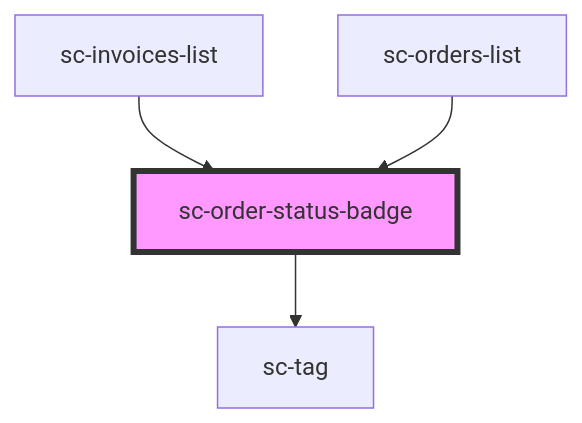
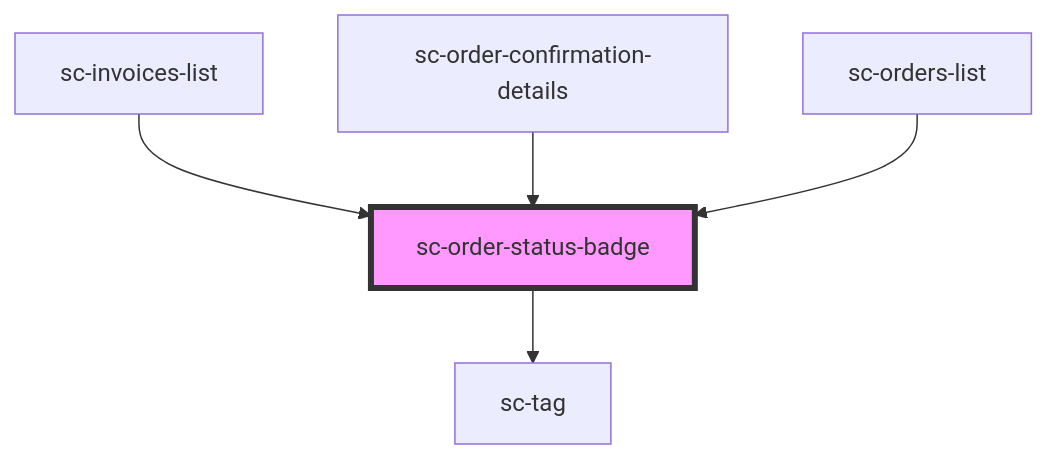
One commit to surecart/surecart-wp-plugin changed the diagram in packages/components/src/components/ui/order-status-badge/readme.md. Above: the diagram before and after it, drawn with Mermaid. The commit also changed other lines of this file and 15 other files, not shown here.

Commit message:
Better loading state for order confirmation details.

````diff
--- a/packages/components/src/components/ui/order-status-badge/readme.md
+++ b/packages/components/src/components/ui/order-status-badge/readme.md
@@ -30,7 +31,8 @@
 ```mermaid
 graph TD;
   sc-order-status-badge --> sc-tag
   sc-invoices-list --> sc-order-status-badge
+  sc-order-confirmation-details --> sc-order-status-badge
   sc-orders-list --> sc-order-status-badge
   style sc-order-status-badge fill:#f9f,stroke:#333,stroke-width:4px
 ```
````
